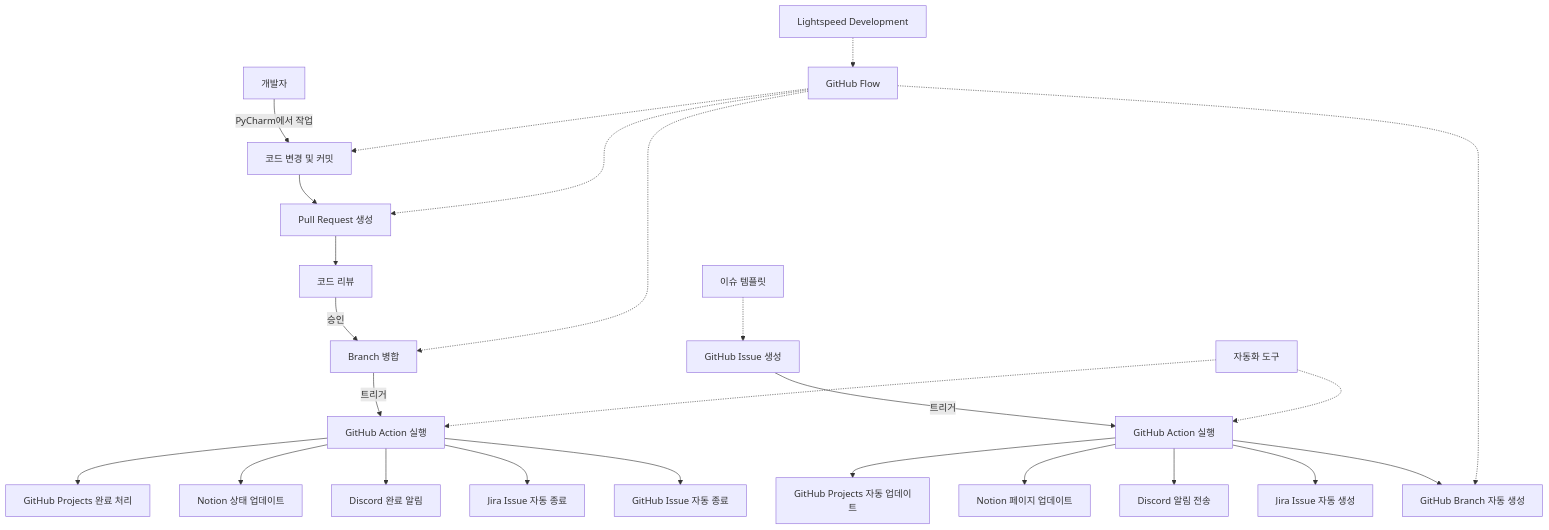
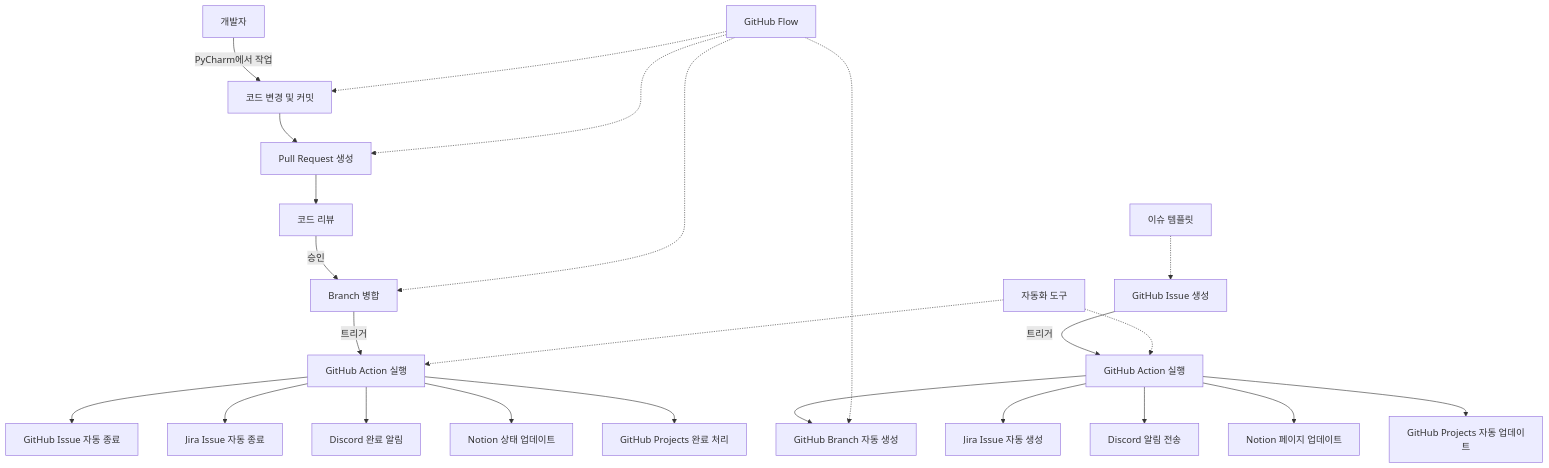
One commit to ds5105119/tangerineAPI changed the fourth of 4 diagrams in readme.md. Above: the diagram before and after it, drawn with Mermaid. The commit also changed other lines of this file, not shown here.

````diff
--- a/readme.md
+++ b/readme.md
@@ -241,38 +389,35 @@
 ```mermaid
 graph TD
     A[GitHub Issue 생성] -->|트리거| B[GitHub Action 실행]
     B --> C[GitHub Branch 자동 생성]
     B --> D[Jira Issue 자동 생성]
     B --> E[Discord 알림 전송]
     B --> F[Notion 페이지 업데이트]
     B --> R[GitHub Projects 자동 업데이트]
 
     G[개발자] -->|PyCharm에서 작업| H[코드 변경 및 커밋]
     H --> I[Pull Request 생성]
 
     I --> J[코드 리뷰]
     J -->|승인| K[Branch 병합]
 
     K -->|트리거| L[GitHub Action 실행]
     L --> M[GitHub Issue 자동 종료]
     L --> N[Jira Issue 자동 종료]
     L --> O[Discord 완료 알림]
     L --> P[Notion 상태 업데이트]
     L --> S[GitHub Projects 완료 처리]
 
     Q[자동화 도구]
     Q -.-> B
     Q -.-> L
 
     T[GitHub Flow]
     T -.-> C
     T -.-> H
     T -.-> I
     T -.-> K
 
     U[이슈 템플릿]
     U -.-> A
-
-    V[Lightspeed Development]
-    V -.-> T
 ```
````
